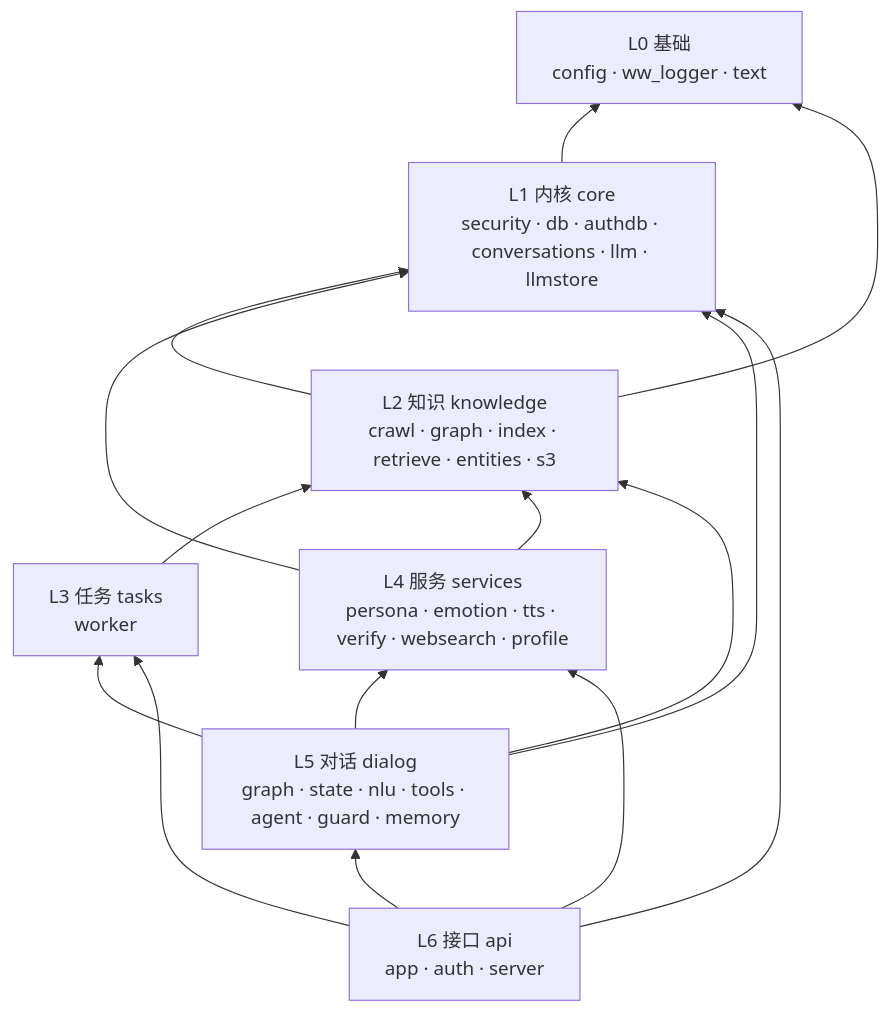
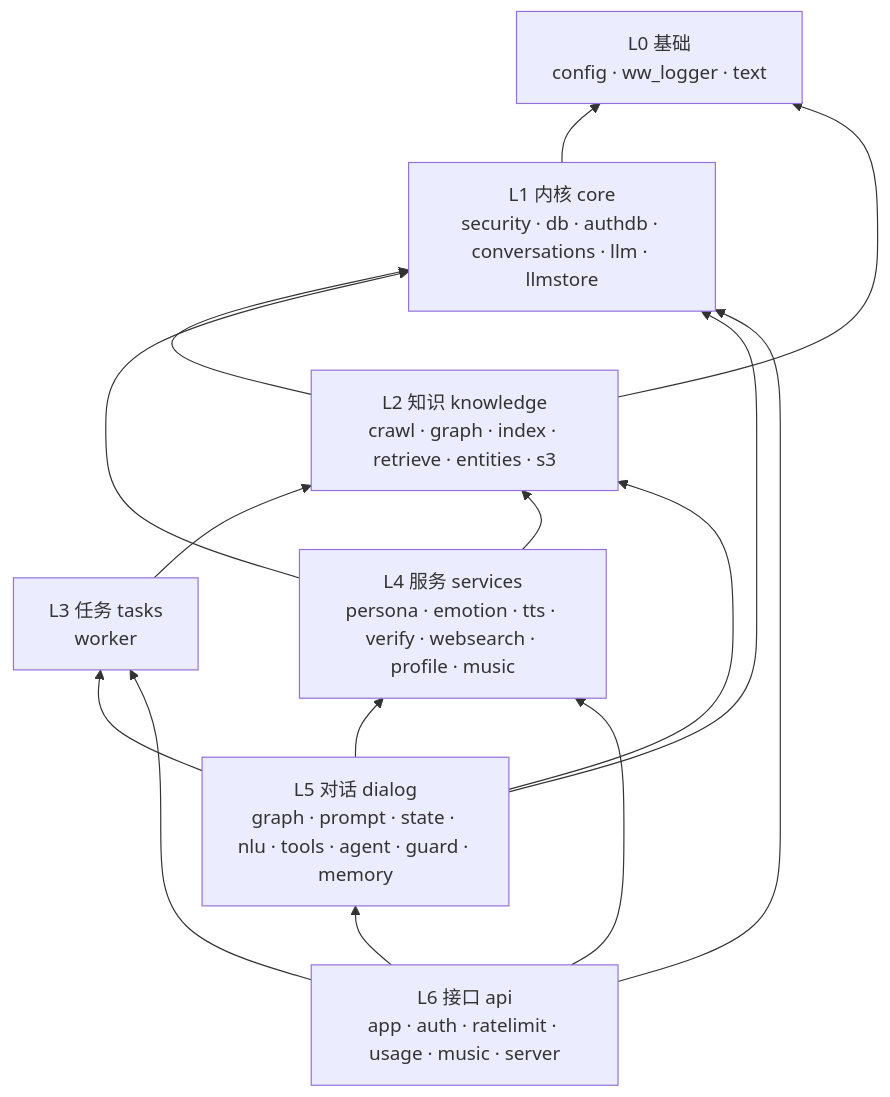
Before and after one commit to wzkzd666/wuwa-rag: the diagram in ARCHITECTURE.md, drawn with Mermaid. The commit also changed other lines of this file and 1 other file, not shown here.

First line of the commit message:
docs: README / ARCHITECTURE 同步到当前阶段

````diff
--- a/ARCHITECTURE.md
+++ b/ARCHITECTURE.md
@@ -12,25 +12,25 @@
 ```mermaid
 graph BT
     L0["L0 基础<br/>config · ww_logger · text"]
     L1["L1 内核 core<br/>security · db · authdb · conversations · llm · llmstore"]
     L2["L2 知识 knowledge<br/>crawl · graph · index · retrieve · entities · s3"]
     L3["L3 任务 tasks<br/>worker"]
-    L4["L4 服务 services<br/>persona · emotion · tts · verify · websearch · profile"]
-    L5["L5 对话 dialog<br/>graph · state · nlu · tools · agent · guard · memory"]
-    L6["L6 接口 api<br/>app · auth · server"]
+    L4["L4 服务 services<br/>persona · emotion · tts · verify · websearch · profile · music"]
+    L5["L5 对话 dialog<br/>graph · prompt · state · nlu · tools · agent · guard · memory"]
+    L6["L6 接口 api<br/>app · auth · ratelimit · usage · music · server"]
 
     L1 --> L0
     L2 --> L1
     L2 --> L0
     L3 --> L2
     L4 --> L2
     L4 --> L1
     L5 --> L4
     L5 --> L3
     L5 --> L2
     L5 --> L1
     L6 --> L5
     L6 --> L4
     L6 --> L3
     L6 --> L1
 ```
````
